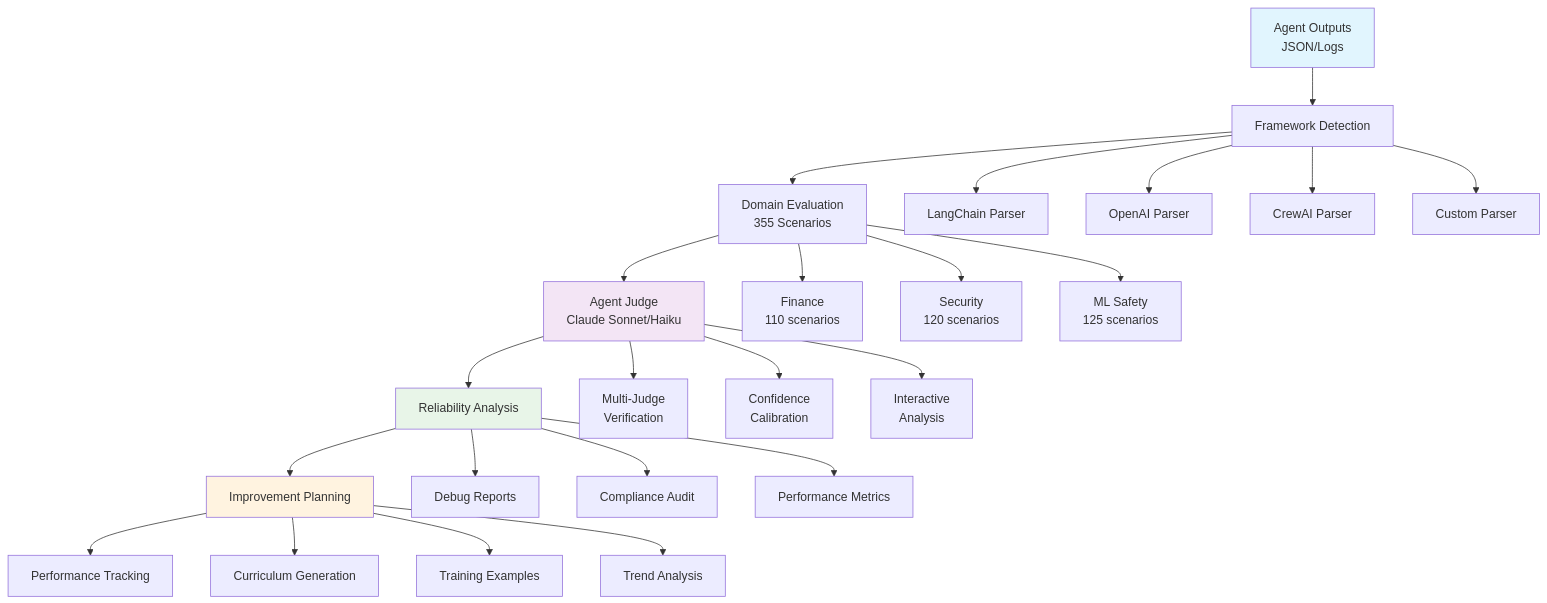
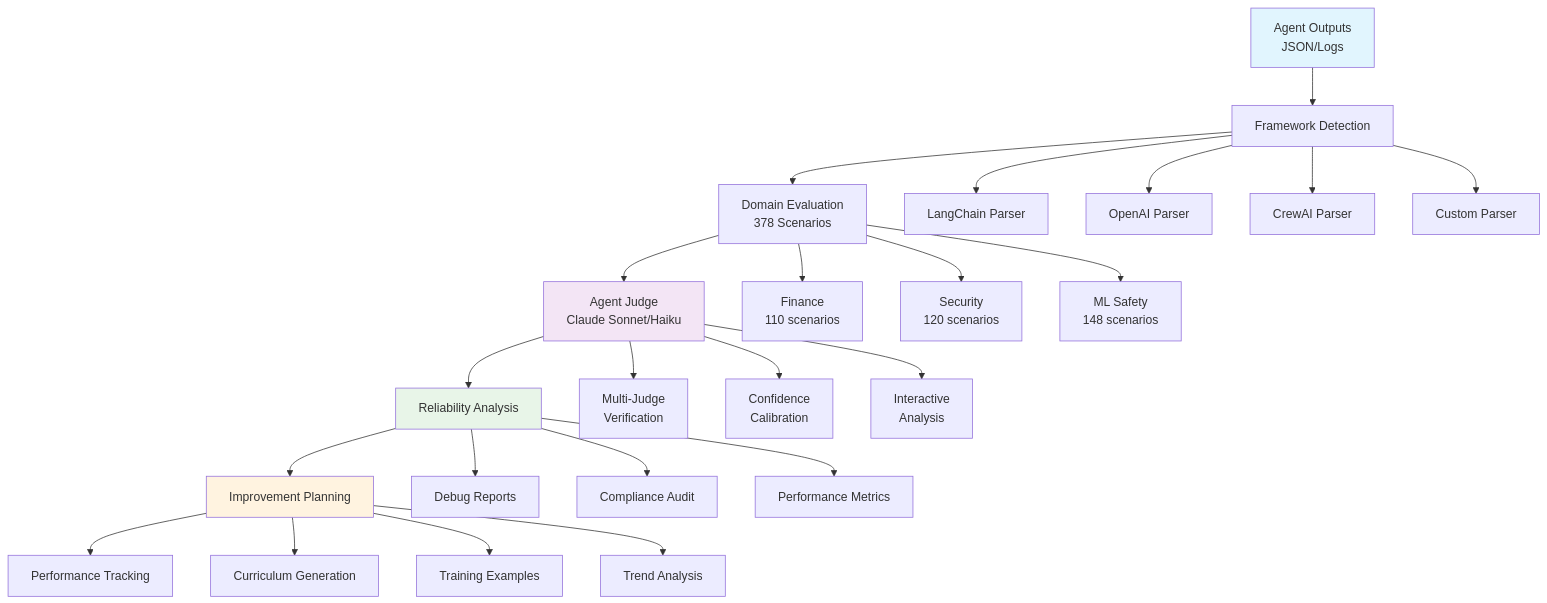
One commit to Arc-Computer/arc-eval changed the first of 2 diagrams in README.md. Above: the diagram before and after it, drawn with Mermaid. The commit also changed other lines of this file and 2 other files, not shown here.

````diff
--- a/README.md
+++ b/README.md
@@ -37,35 +37,35 @@
 ```mermaid
 graph TB
     A[Agent Outputs<br/>JSON/Logs] --> B[Framework Detection]
-    B --> C[Domain Evaluation<br/>355 Scenarios]
+    B --> C[Domain Evaluation<br/>378 Scenarios]
     C --> D[Agent Judge<br/>Claude Sonnet/Haiku]
     D --> E[Reliability Analysis]
     E --> F[Improvement Planning]
     F --> G[Performance Tracking]
     
     B --> B1[LangChain Parser]
     B --> B2[OpenAI Parser]
     B --> B3[CrewAI Parser]
     B --> B4[Custom Parser]
     
     C --> C1[Finance<br/>110 scenarios]
     C --> C2[Security<br/>120 scenarios]
-    C --> C3[ML Safety<br/>125 scenarios]
+    C --> C3[ML Safety<br/>148 scenarios]
     
     D --> D1[Multi-Judge<br/>Verification]
     D --> D2[Confidence<br/>Calibration]
     D --> D3[Interactive<br/>Analysis]
     
     E --> E1[Debug Reports]
     E --> E2[Compliance Audit]
     E --> E3[Performance Metrics]
     
     F --> F1[Curriculum Generation]
     F --> F2[Training Examples]
     F --> F3[Trend Analysis]
     
     style A fill:#e1f5fe
     style D fill:#f3e5f5
     style E fill:#e8f5e8
     style F fill:#fff3e0
 ```
````
